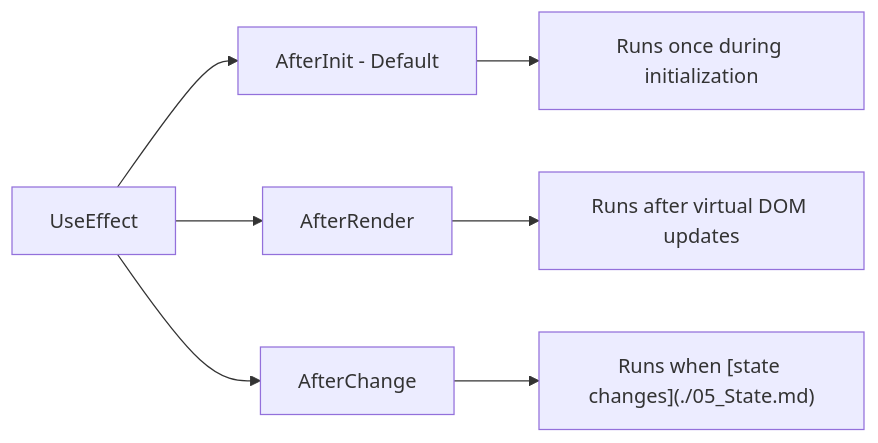
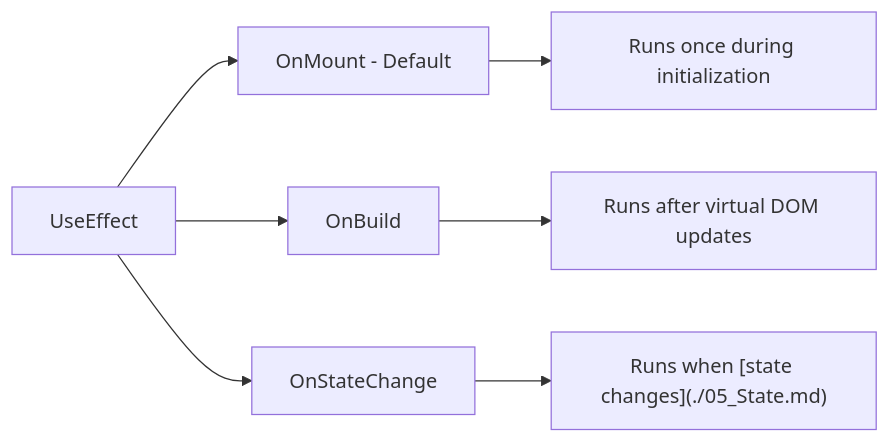
One commit to Ivy-Interactive/Ivy-Framework changed the second of 3 diagrams in Ivy.Docs.Shared/Docs/01_Onboarding/02_Concepts/09_Effects.md. Above: the diagram before and after it, drawn with Mermaid. The commit also changed other lines of this file and 25 other files, not shown here.

First line of the commit message:
refactor(effects): rename AfterInit to OnMount throughout codebase

````diff
--- a/Ivy.Docs.Shared/Docs/01_Onboarding/02_Concepts/09_Effects.md
+++ b/Ivy.Docs.Shared/Docs/01_Onboarding/02_Concepts/09_Effects.md
@@ -152,10 +152,10 @@
 ```mermaid
 graph LR
-    A[UseEffect] --> B[AfterInit - Default]
-    A --> C[AfterRender]
-    A --> D[AfterChange]
-    
+    A[UseEffect] --> B[OnMount - Default]
+    A --> C[OnBuild]
+    A --> D[OnStateChange]
+
     B --> B1["Runs once during initialization"]
     C --> C1["Runs after virtual DOM updates"]
     D --> D1["Runs when [state changes](./05_State.md)"]
 ```
````
